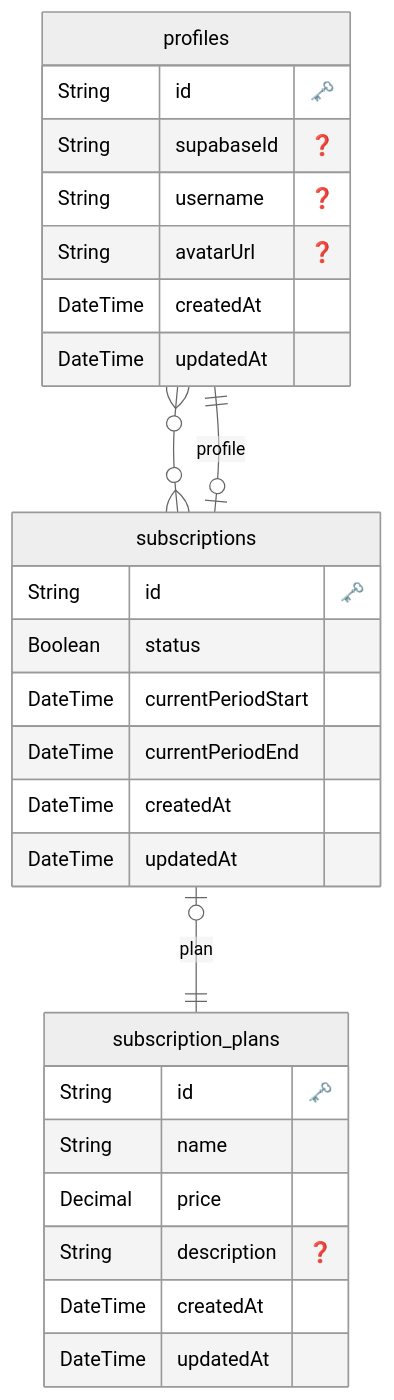
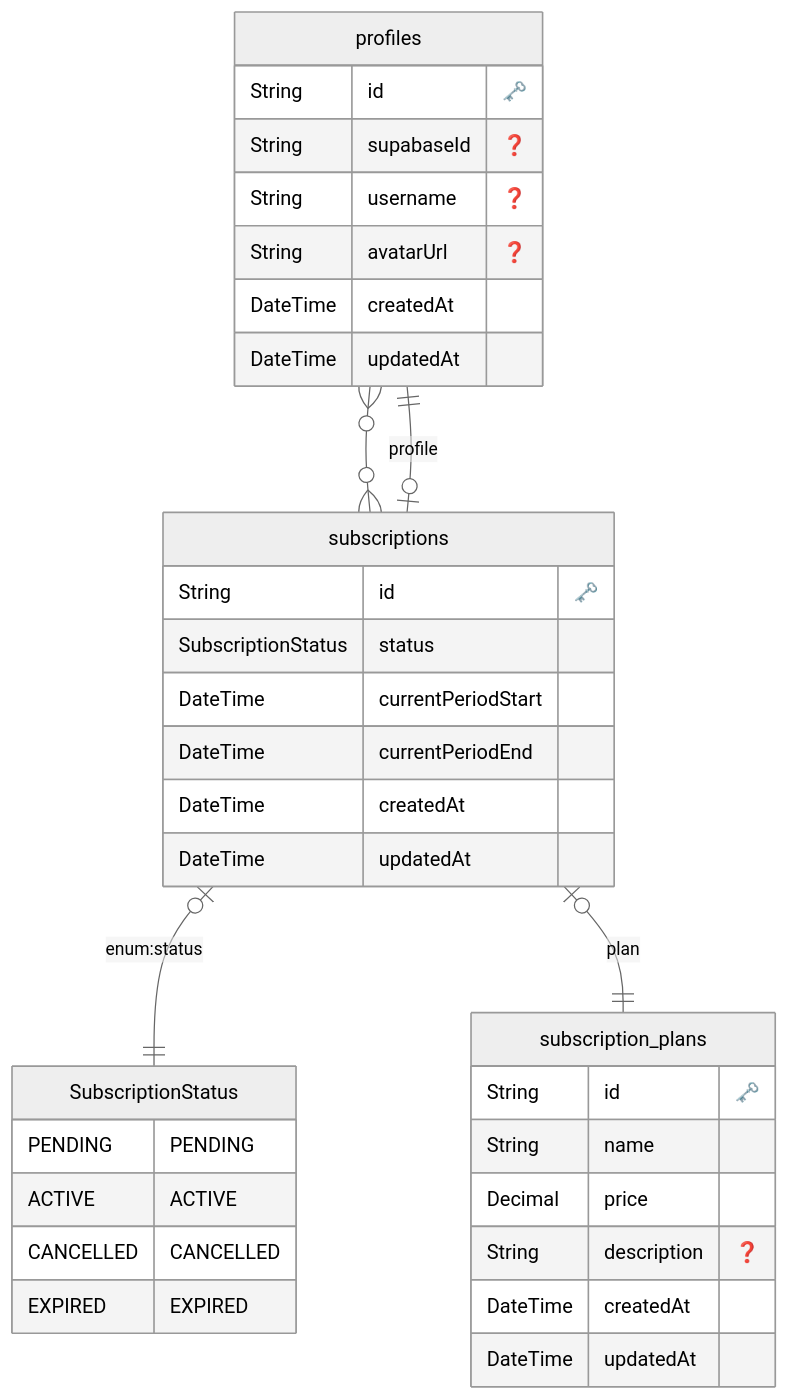
One commit to matheuswillock/lead-automation changed the diagram in prisma/erd/diagram.md. Above: the diagram before and after it, drawn with Mermaid (neutral theme). The commit also changed 15 other files, not shown here.

First line of the commit message:
feat: Implement subscription flow with PENDING status and payment processing

````diff
--- a/prisma/erd/diagram.md
+++ b/prisma/erd/diagram.md
@@ -1,36 +1,44 @@
 ```mermaid
 erDiagram
 
+        SubscriptionStatus {
+            PENDING PENDING
+ACTIVE ACTIVE
+CANCELLED CANCELLED
+EXPIRED EXPIRED
+        }
+    
   "profiles" {
     String id "🗝️"
     String supabaseId "❓"
     String username "❓"
     String avatarUrl "❓"
     DateTime createdAt 
     DateTime updatedAt 
     }
   
 
   "subscriptions" {
     String id "🗝️"
-    Boolean status 
+    SubscriptionStatus status 
     DateTime currentPeriodStart 
     DateTime currentPeriodEnd 
     DateTime createdAt 
     DateTime updatedAt 
     }
   
 
   "subscription_plans" {
     String id "🗝️"
     String name 
     Decimal price 
     String description "❓"
     DateTime createdAt 
     DateTime updatedAt 
     }
   
     "profiles" o{--}o "subscriptions" : ""
+    "subscriptions" o|--|| "SubscriptionStatus" : "enum:status"
     "subscriptions" o|--|| "profiles" : "profile"
     "subscriptions" o|--|| "subscription_plans" : "plan"
 ```
````
